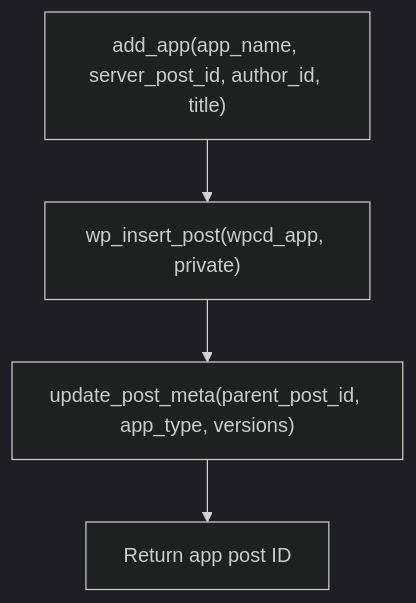
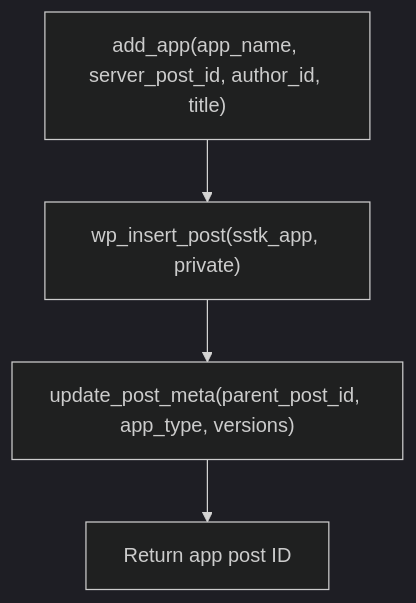
One commit to onedogsolutions/simple-stack changed the fifth of 10 diagrams in .qoder/repowiki/en/content/Core Components/Data Models & Post Types.md. Above: the diagram before and after it, drawn with Mermaid (dark theme). The commit also changed other lines of this file and 5941 other files, not shown here.

````diff
--- a/.qoder/repowiki/en/content/Core Components/Data Models & Post Types.md
+++ b/.qoder/repowiki/en/content/Core Components/Data Models & Post Types.md
@@ -195,6 +195,6 @@
 ```mermaid
 flowchart TD
-CreateApp["add_app(app_name, server_post_id, author_id, title)"] --> InsertPost["wp_insert_post(wpcd_app, private)"]
+CreateApp["add_app(app_name, server_post_id, author_id, title)"] --> InsertPost["wp_insert_post(sstk_app, private)"]
 InsertPost --> SetMeta["update_post_meta(parent_post_id, app_type, versions)"]
 SetMeta --> ReturnID["Return app post ID"]
 ```
````
